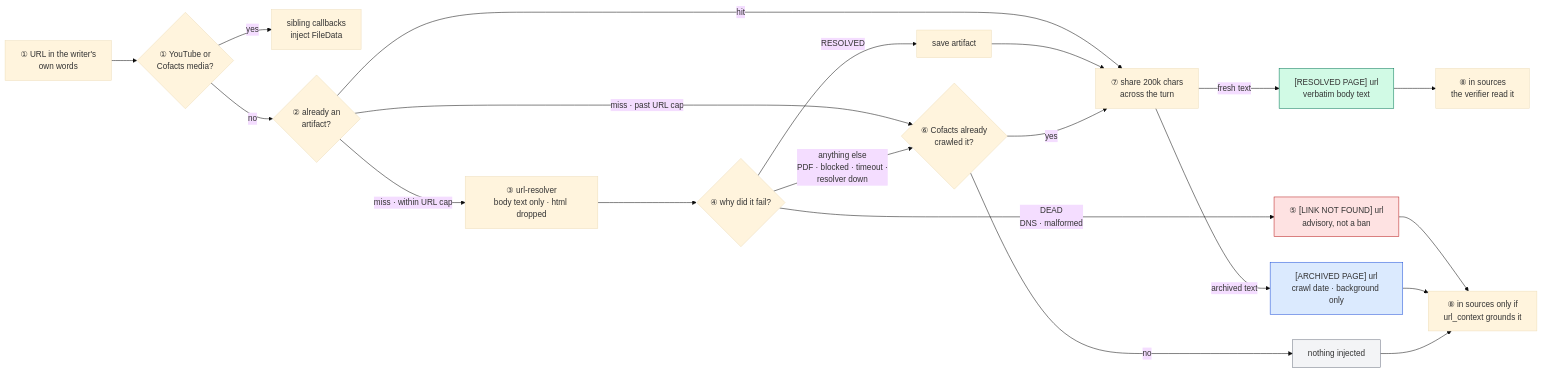
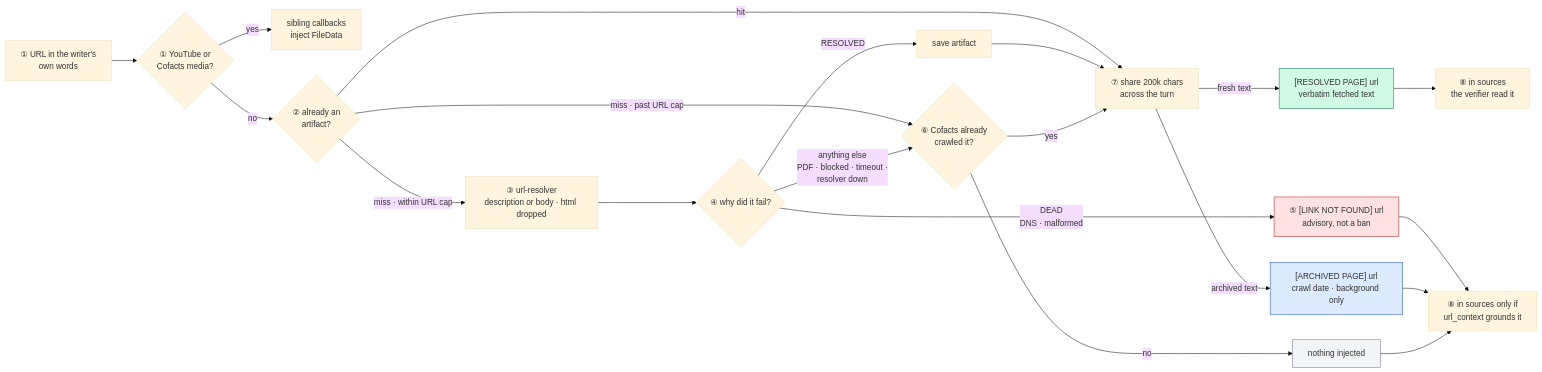
The second of 2 diagrams in docs/decisions/20260722-url-resolver-verifier-prefetch.md (cofacts/ai), drawn with Mermaid (base theme) before and after one commit. The commit also changed other lines of this file and 3 other files, not shown here.

First line of the commit message:
fix(adk): stop telling the verifier [RESOLVED PAGE] is always the body text

````diff
--- a/docs/decisions/20260722-url-resolver-verifier-prefetch.md
+++ b/docs/decisions/20260722-url-resolver-verifier-prefetch.md
@@ -147,28 +147,28 @@
 ```mermaid
 flowchart LR
     U["① URL in the writer's<br/>own words"] --> X{"① YouTube or<br/>Cofacts media?"}
     X -->|"yes"| SIB["sibling callbacks<br/>inject FileData"]
     X -->|"no"| C{"② already an<br/>artifact?"}
-    C -->|"miss · within URL cap"| R["③ url-resolver<br/>body text only · html dropped"]
+    C -->|"miss · within URL cap"| R["③ url-resolver<br/>description or body · html dropped"]
     C -->|"miss · past URL cap"| A
     R --> S{"④ why did it fail?"}
     S -->|"RESOLVED"| SV["save artifact"]
     S -->|"DEAD<br/>DNS · malformed"| O2["⑤ [LINK NOT FOUND] url<br/>advisory, not a ban"]
     S -->|"anything else<br/>PDF · blocked · timeout ·<br/>resolver down"| A{"⑥ Cofacts already<br/>crawled it?"}
     A -->|"no"| O4["nothing injected"]
     C -->|"hit"| B
     SV --> B["⑦ share 200k chars<br/>across the turn"]
     A -->|"yes"| B
-    B -->|"fresh text"| O1["[RESOLVED PAGE] url<br/>verbatim body text"]
+    B -->|"fresh text"| O1["[RESOLVED PAGE] url<br/>verbatim fetched text"]
     B -->|"archived text"| O5["[ARCHIVED PAGE] url<br/>crawl date · background only"]
 
     O1 --> S1["⑧ in sources<br/>the verifier read it"]
     O2 --> S3["⑧ in sources only if<br/>url_context grounds it"]
     O5 --> S3
     O4 --> S3
 
     style O1 fill:#d1fae5,stroke:#047857
     style O2 fill:#fee2e2,stroke:#b91c1c
     style O5 fill:#dbeafe,stroke:#1d4ed8
     style O4 fill:#f3f4f6,stroke:#6b7280
 ```
````
